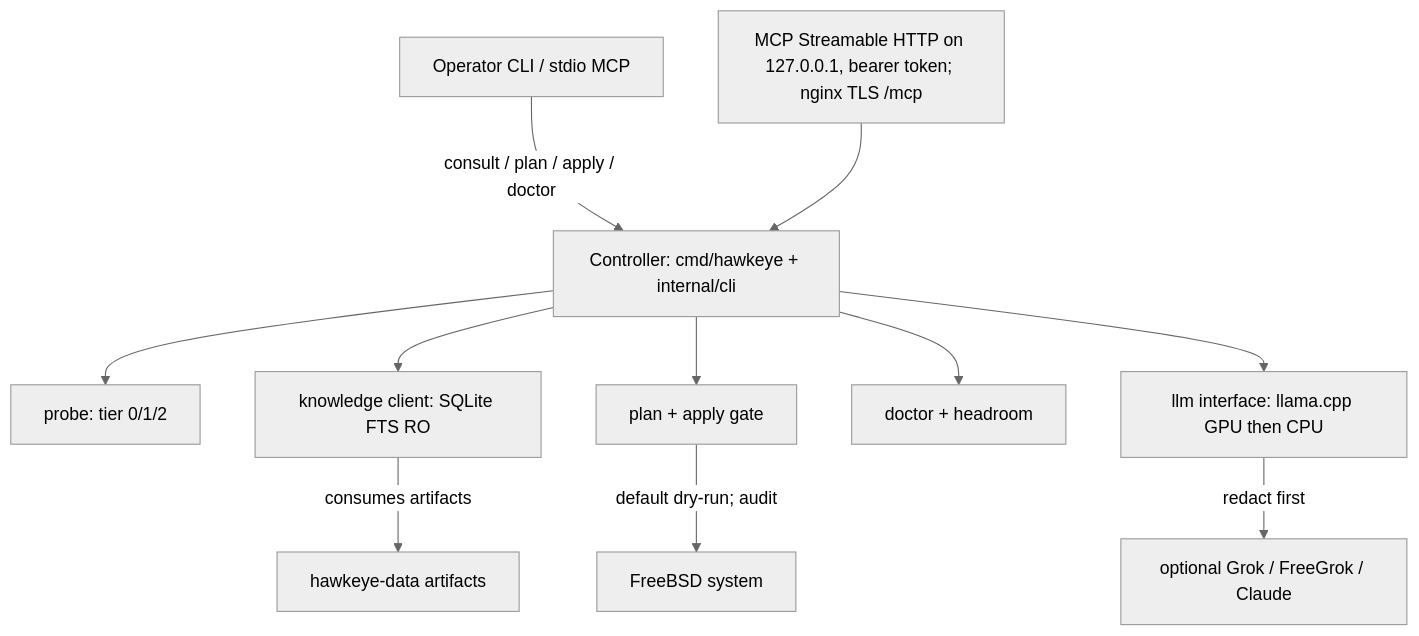
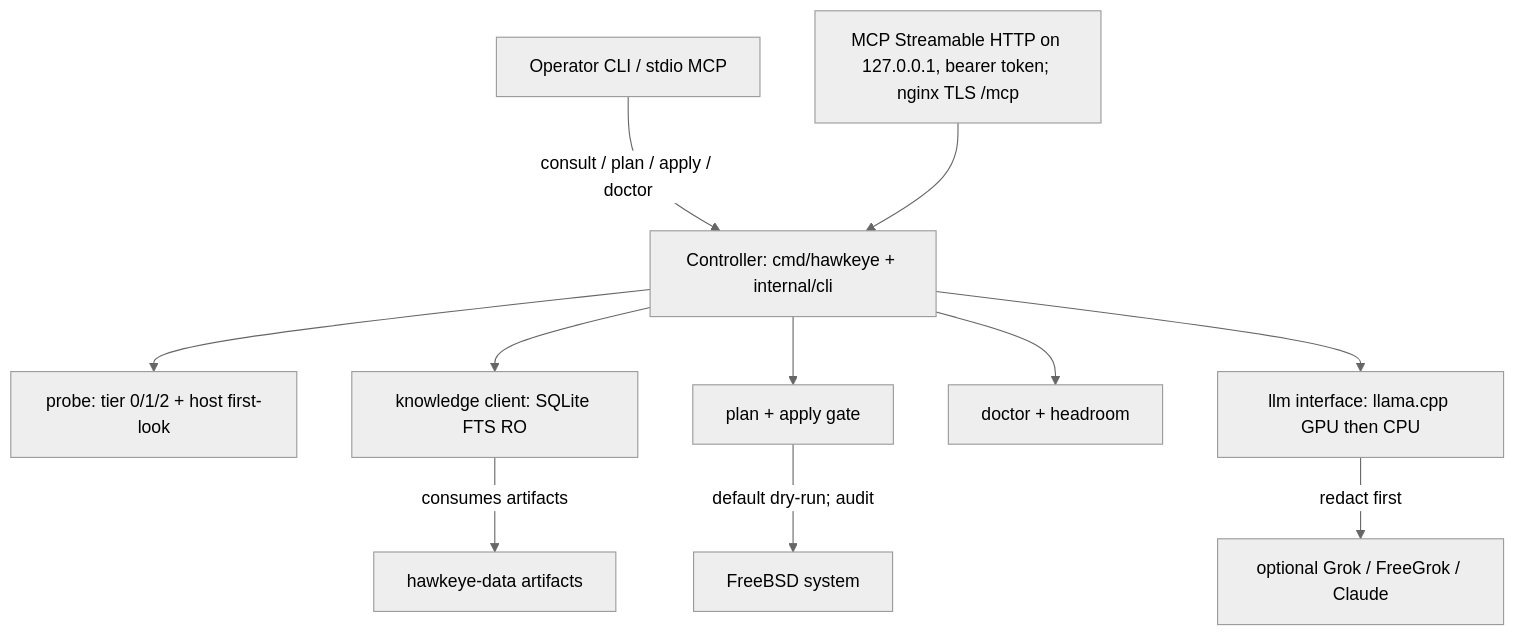
The first of 4 diagrams in docs/ARCHITECTURE.md (revytechinc/hawkeye), drawn with Mermaid (neutral theme) before and after one commit. The commit also changed other lines of this file and 24 other files, not shown here.

First line of the commit message:
Print host first-look before the panic-path session prompt. (#18)

````diff
--- a/docs/ARCHITECTURE.md
+++ b/docs/ARCHITECTURE.md
@@ -14,13 +14,13 @@
 ```mermaid
 flowchart TD
     Operator["Operator CLI / stdio MCP"] -->|"consult / plan / apply / doctor"| CLI["Controller: cmd/hawkeye + internal/cli"]
     MCPHTTP["MCP Streamable HTTP on 127.0.0.1, bearer token; nginx TLS /mcp"] --> CLI
-    CLI --> Probe["probe: tier 0/1/2"]
+    CLI --> Probe["probe: tier 0/1/2 + host first-look"]
     CLI --> Knowledge["knowledge client: SQLite FTS RO"]
     CLI --> PlanApply["plan + apply gate"]
     CLI --> Doctor["doctor + headroom"]
     CLI --> LLM["llm interface: llama.cpp GPU then CPU"]
     Knowledge -->|"consumes artifacts"| DataRepo["hawkeye-data artifacts"]
     PlanApply -->|"default dry-run; audit"| System["FreeBSD system"]
     LLM -->|"redact first"| Remote["optional Grok / FreeGrok / Claude"]
 ```
````
